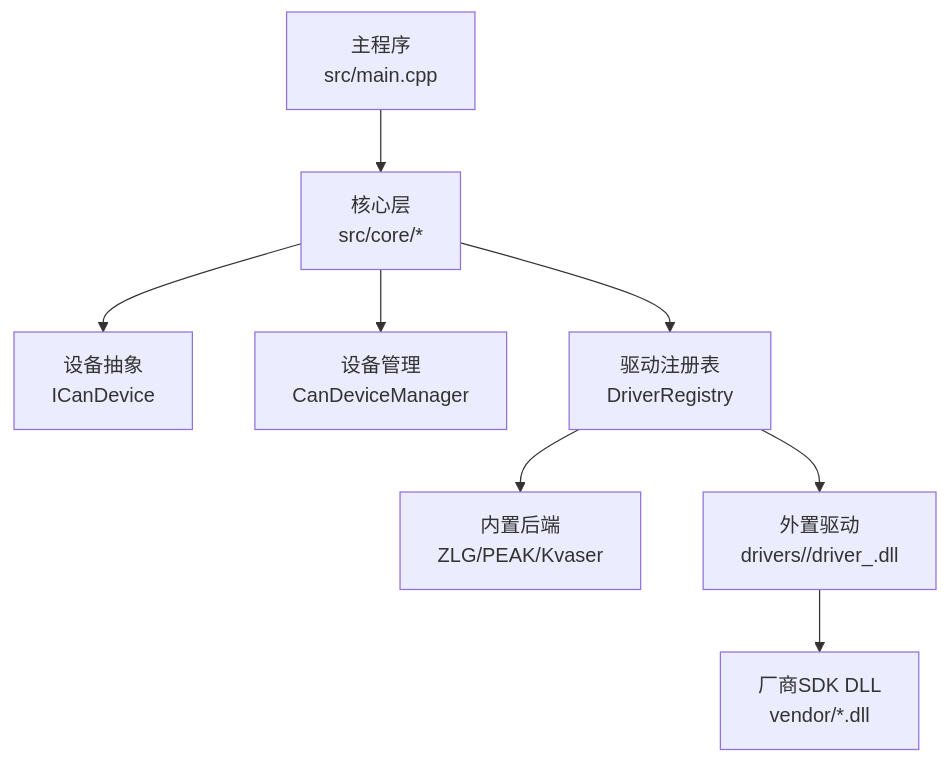
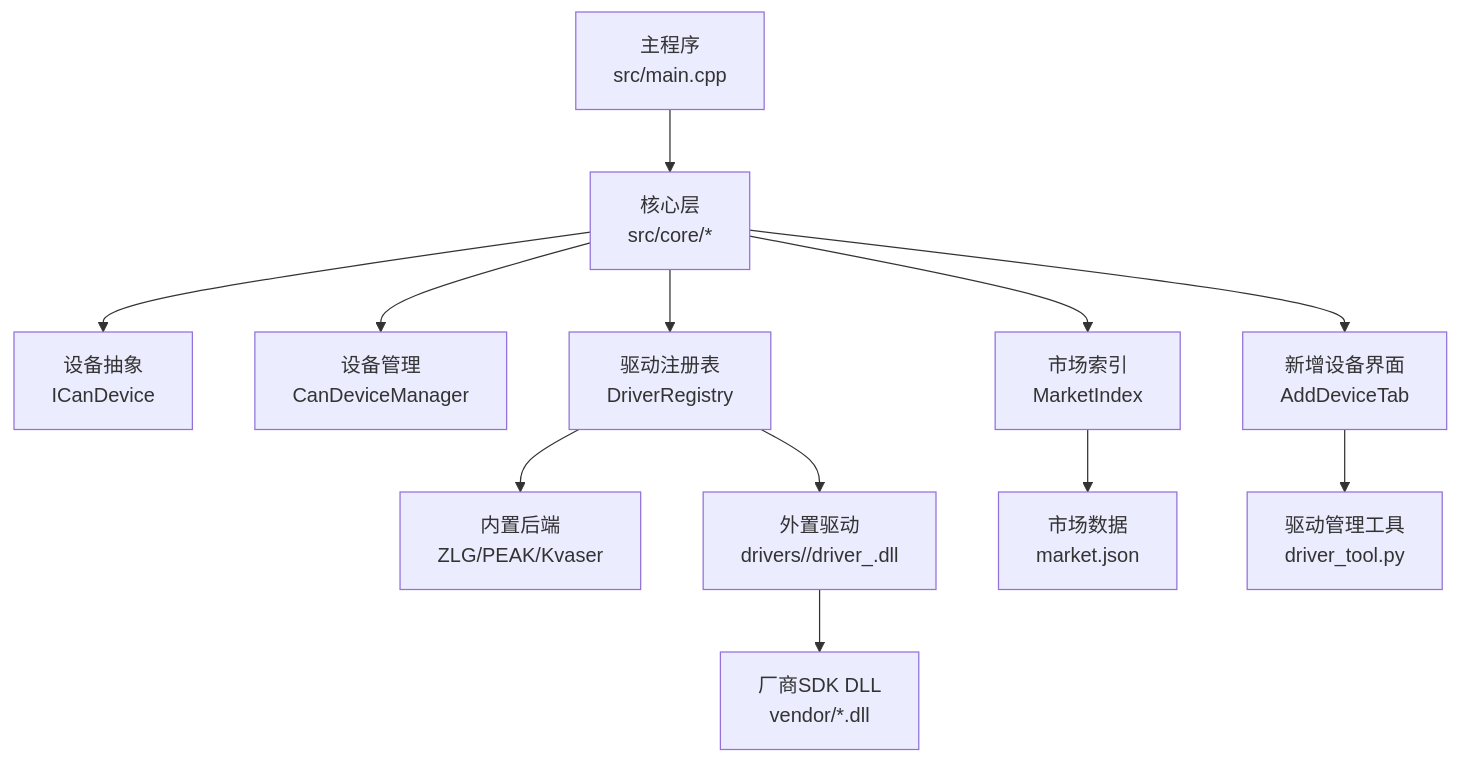
One commit to jakecai1225-design/OpenBus changed the first of 9 diagrams in .qoder/repowiki/zh/content/架构设计/驱动系统方案.md. Above: the diagram before and after it, drawn with Mermaid. The commit also changed other lines of this file and 40 other files, not shown here.

````diff
--- a/.qoder/repowiki/zh/content/架构设计/驱动系统方案.md
+++ b/.qoder/repowiki/zh/content/架构设计/驱动系统方案.md
@@ -39,10 +56,14 @@
 ```mermaid
 graph TB
 A["主程序<br/>src/main.cpp"] --> B["核心层<br/>src/core/*"]
 B --> C["设备抽象<br/>ICanDevice"]
 B --> D["设备管理<br/>CanDeviceManager"]
 B --> E["驱动注册表<br/>DriverRegistry"]
 E --> F["内置后端<br/>ZLG/PEAK/Kvaser"]
 E --> G["外置驱动<br/>drivers/<id>/driver_<id>.dll"]
 G --> H["厂商SDK DLL<br/>vendor/*.dll"]
+B --> I["市场索引<br/>MarketIndex"]
+I --> J["市场数据<br/>market.json"]
+B --> K["新增设备界面<br/>AddDeviceTab"]
+K --> L["驱动管理工具<br/>driver_tool.py"]
 ```
````
